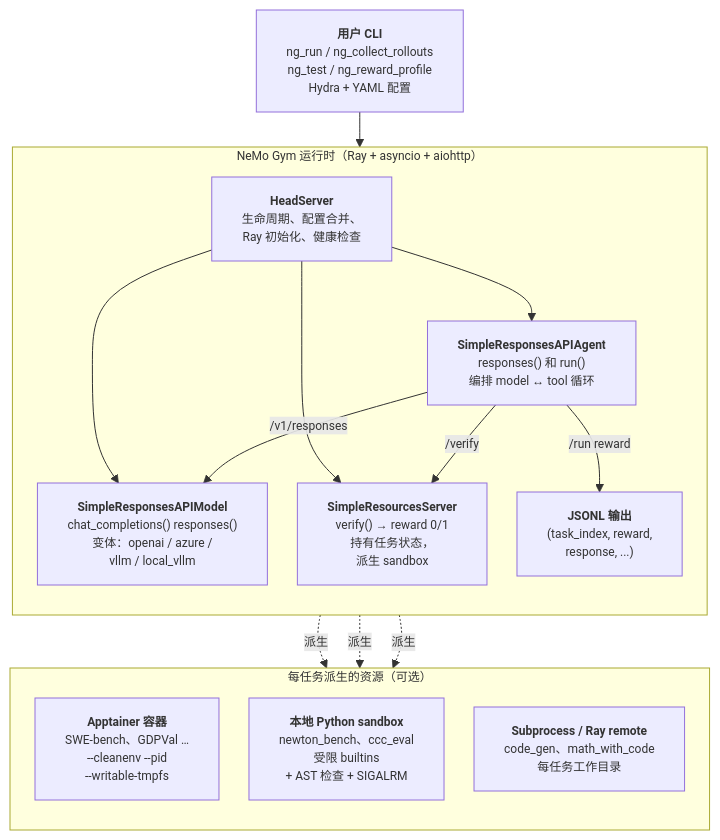
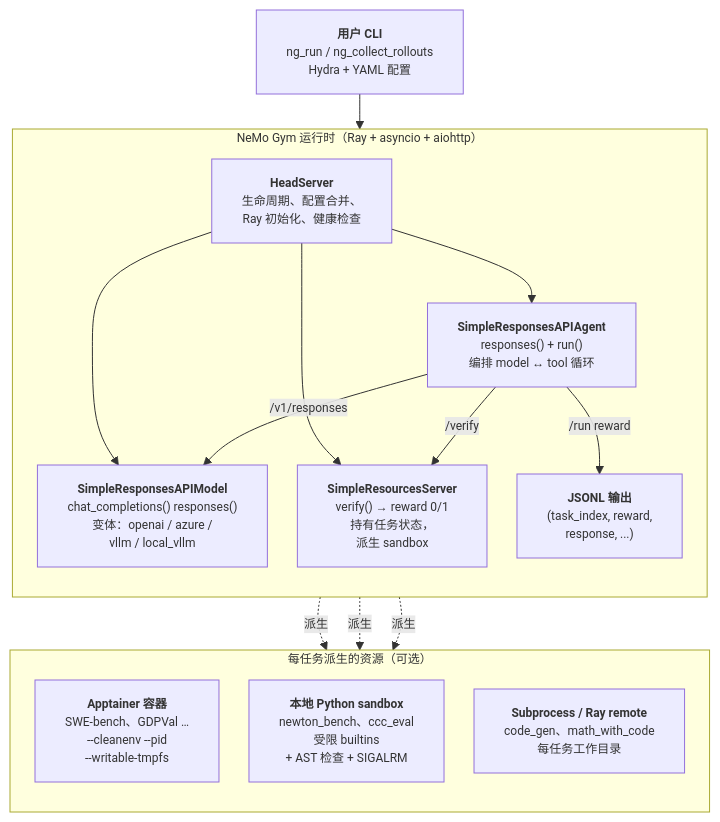
One commit to shikicloud/MLSys changed the first of 2 diagrams in CN/wiki/agentic-rl/nemo-gym.md. Above: the diagram before and after it, drawn with Mermaid. The commit also changed other lines of this file and 5 other files, not shown here.

````diff
--- a/CN/wiki/agentic-rl/nemo-gym.md
+++ b/CN/wiki/agentic-rl/nemo-gym.md
@@ -60,35 +82,35 @@
 ```mermaid
 %%{init: {'theme':'default','flowchart':{'nodeSpacing':30,'rankSpacing':35,'curve':'basis'},'themeVariables':{'fontSize':'12px'}}}%%
 flowchart TB
-    USER["<b>用户 CLI</b><br/>ng_run / ng_collect_rollouts<br/>ng_test / ng_reward_profile<br/>Hydra + YAML 配置"]
+    USER["<b>用户 CLI</b><br/>ng_run / ng_collect_rollouts<br/>Hydra + YAML 配置"]
 
     subgraph Cluster["NeMo Gym 运行时（Ray + asyncio + aiohttp）"]
         direction TB
         HEAD["<b>HeadServer</b><br/>生命周期、配置合并、<br/>Ray 初始化、健康检查"]
-        AGENT["<b>SimpleResponsesAPIAgent</b><br/>responses() 和 run()<br/>编排 model ↔ tool 循环"]
+        AGENT["<b>SimpleResponsesAPIAgent</b><br/>responses() + run()<br/>编排 model ↔ tool 循环"]
         MODEL["<b>SimpleResponsesAPIModel</b><br/>chat_completions() responses()<br/>变体：openai / azure /<br/>vllm / local_vllm"]
         RES["<b>SimpleResourcesServer</b><br/>verify() → reward 0/1<br/>持有任务状态，<br/>派生 sandbox"]
 
         HEAD --> AGENT
         HEAD --> MODEL
         HEAD --> RES
         AGENT -->|/v1/responses| MODEL
         AGENT -->|/verify| RES
         AGENT -->|/run reward| OUT
     end
 
     USER --> HEAD
 
     subgraph External["每任务派生的资源（可选）"]
         direction TB
         APPT["<b>Apptainer 容器</b><br/>SWE-bench、GDPVal …<br/>--cleanenv --pid<br/>--writable-tmpfs"]
         SAND["<b>本地 Python sandbox</b><br/>newton_bench、ccc_eval<br/>受限 builtins<br/>+ AST 检查 + SIGALRM"]
         SUBP["<b>Subprocess / Ray remote</b><br/>code_gen、math_with_code<br/>每任务工作目录"]
     end
 
     RES -.派生.-> APPT
     RES -.派生.-> SAND
     RES -.派生.-> SUBP
 
     OUT["<b>JSONL 输出</b><br/>(task_index, reward,<br/>response, ...)"]
 ```
````
